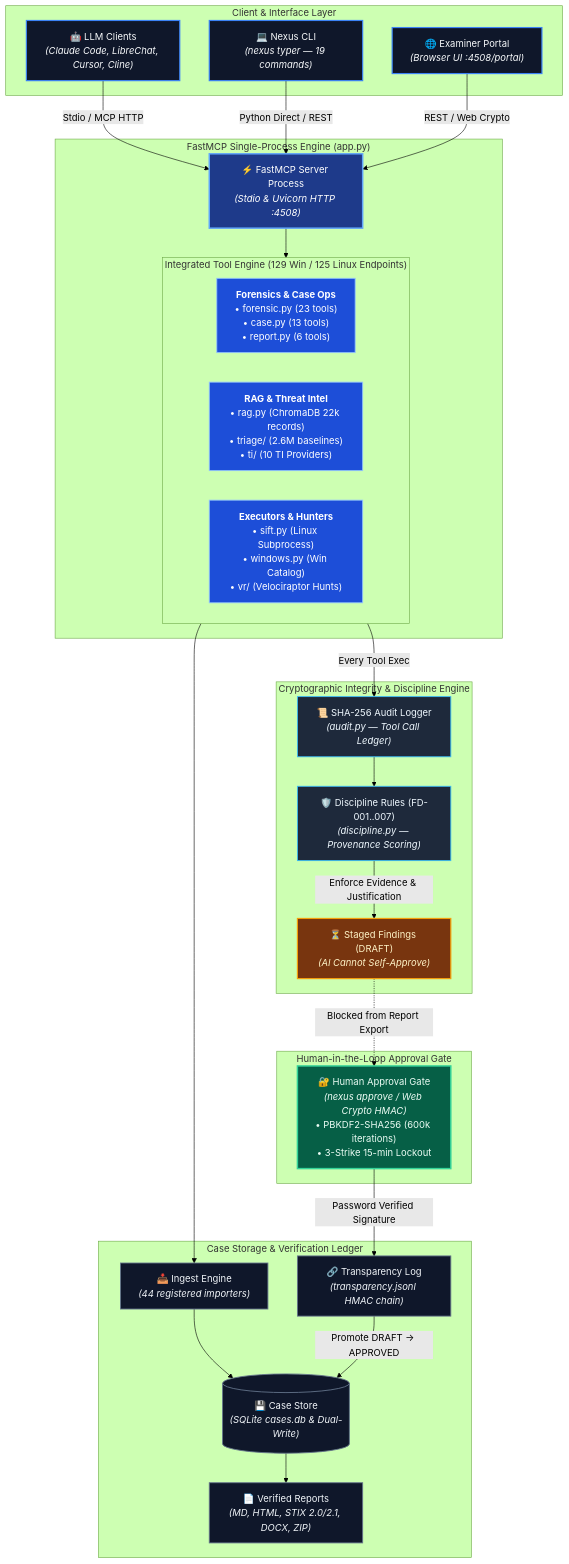
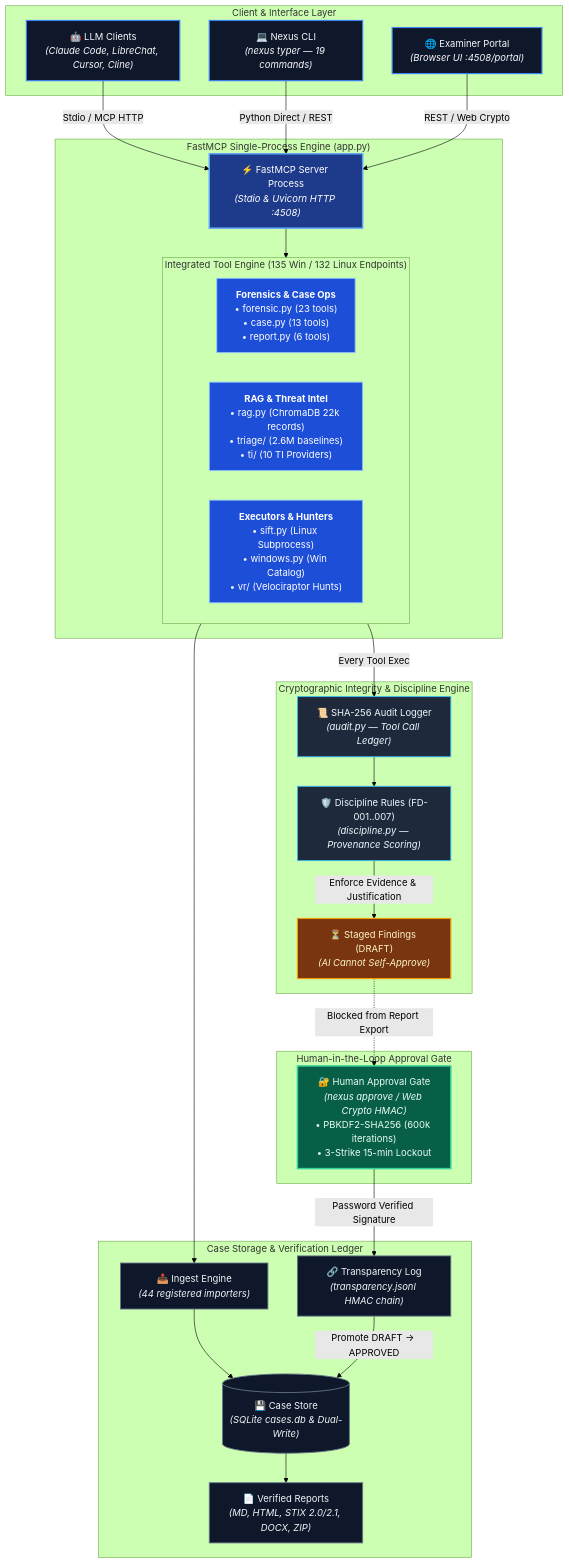
The second of 2 diagrams in Docs/ARCHITECTURE.md (Ganron007/DFIR-Nexus), drawn with Mermaid (forest theme) before and after one commit. The commit also changed other lines of this file and 9 other files, not shown here.

````diff
--- a/Docs/ARCHITECTURE.md
+++ b/Docs/ARCHITECTURE.md
@@ -91,72 +91,72 @@
 ```mermaid
 flowchart TD
     %% DFIR-Nexus Architecture Diagram - Logo Matched (#1e3a8a, #2563eb, #60a5fa, #0f172a)
     classDef clientStyle fill:#0f172a,stroke:#3b82f6,stroke-width:2px,color:#f8fafc;
     classDef serverStyle fill:#1e3a8a,stroke:#60a5fa,stroke-width:2.5px,color:#ffffff;
     classDef toolStyle fill:#1d4ed8,stroke:#93c5fd,stroke-width:1.5px,color:#ffffff;
     classDef disciplineStyle fill:#1e293b,stroke:#38bdf8,stroke-width:1.5px,color:#f0f9ff;
     classDef draftStyle fill:#78350f,stroke:#f59e0b,stroke-width:2px,color:#fef3c7;
     classDef gateStyle fill:#065f46,stroke:#34d399,stroke-width:2.5px,color:#ecfdf5;
     classDef storageStyle fill:#0f172a,stroke:#64748b,stroke-width:1.5px,color:#f1f5f9;
 
     subgraph CLIENTS [" Client & Interface Layer "]
         LLM["🤖 LLM Clients<br/><i>(Claude Code, LibreChat, Cursor, Cline)</i>"]:::clientStyle
         CLI["💻 Nexus CLI<br/><i>(nexus typer — 19 commands)</i>"]:::clientStyle
         WEB["🌐 Examiner Portal<br/><i>(Browser UI :4508/portal)</i>"]:::clientStyle
     end
 
     subgraph CORE [" FastMCP Single-Process Engine (app.py) "]
         MCP["⚡ FastMCP Server Process<br/><i>(Stdio & Uvicorn HTTP :4508)</i>"]:::serverStyle
         
-        subgraph MODULES [" Integrated Tool Engine (129 Win / 125 Linux Endpoints) "]
+        subgraph MODULES [" Integrated Tool Engine (135 Win / 132 Linux Endpoints) "]
             direction LR
             CORE_TOOLS["<b>Forensics & Case Ops</b><br/>• forensic.py (23 tools)<br/>• case.py (13 tools)<br/>• report.py (6 tools)"]:::toolStyle
             INTEL_TOOLS["<b>RAG & Threat Intel</b><br/>• rag.py (ChromaDB 22k records)<br/>• triage/ (2.6M baselines)<br/>• ti/ (10 TI Providers)"]:::toolStyle
             EXEC_TOOLS["<b>Executors & Hunters</b><br/>• sift.py (Linux Subprocess)<br/>• windows.py (Win Catalog)<br/>• vr/ (Velociraptor Hunts)"]:::toolStyle
         end
     end
 
     subgraph DISCIPLINE [" Cryptographic Integrity & Discipline Engine "]
         AUDIT["📜 SHA-256 Audit Logger<br/><i>(audit.py — Tool Call Ledger)</i>"]:::disciplineStyle
         RULES["🛡️ Discipline Rules (FD-001..007)<br/><i>(discipline.py — Provenance Scoring)</i>"]:::disciplineStyle
         DRAFT["⏳ Staged Findings (DRAFT)<br/><i>(AI Cannot Self-Approve)</i>"]:::draftStyle
     end
 
     subgraph HITL [" Human-in-the-Loop Approval Gate "]
         GATE["🔐 Human Approval Gate<br/><i>(nexus approve / Web Crypto HMAC)</i><br/>• PBKDF2-SHA256 (600k iterations)<br/>• 3-Strike 15-min Lockout"]:::gateStyle
     end
 
     subgraph LEDGER [" Case Storage & Verification Ledger "]
         INGEST["📥 Ingest Engine<br/><i>(44 registered importers)</i>"]:::storageStyle
         DB[("💾 Case Store<br/><i>(SQLite cases.db & Dual-Write)</i>")]:::storageStyle
         TRANSPARENCY["🔗 Transparency Log<br/><i>(transparency.jsonl HMAC chain)</i>"]:::storageStyle
         REPORTS["📄 Verified Reports<br/><i>(MD, HTML, STIX 2.0/2.1, DOCX, ZIP)</i>"]:::storageStyle
     end
 
     %% Flow Connections
     LLM -->|Stdio / MCP HTTP| MCP
     CLI -->|Python Direct / REST| MCP
     WEB -->|REST / Web Crypto| MCP
 
     MCP --> MODULES
     MODULES --> INGEST
     INGEST --> DB
 
     MODULES -->|Every Tool Exec| AUDIT
     AUDIT --> RULES
     RULES -->|Enforce Evidence & Justification| DRAFT
 
     DRAFT -.->|Blocked from Report Export| GATE
     GATE -->|Password Verified Signature| TRANSPARENCY
     TRANSPARENCY -->|Promote DRAFT → APPROVED| DB
     DB --> REPORTS
 
     %% Apply Styles
     class LLM,CLI,WEB clientStyle;
     class MCP serverStyle;
     class CORE_TOOLS,INTEL_TOOLS,EXEC_TOOLS toolStyle;
     class AUDIT,RULES disciplineStyle;
     class DRAFT draftStyle;
     class GATE gateStyle;
     class INGEST,DB,TRANSPARENCY,REPORTS storageStyle;
 ```
````
